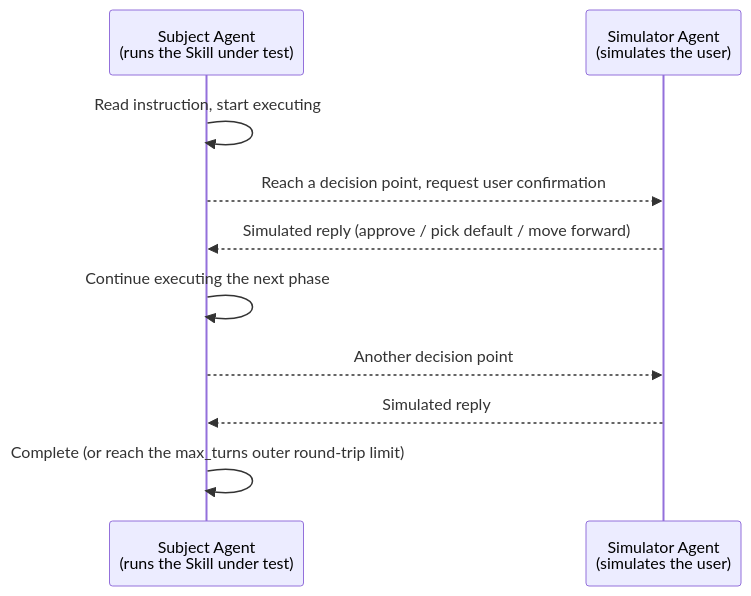
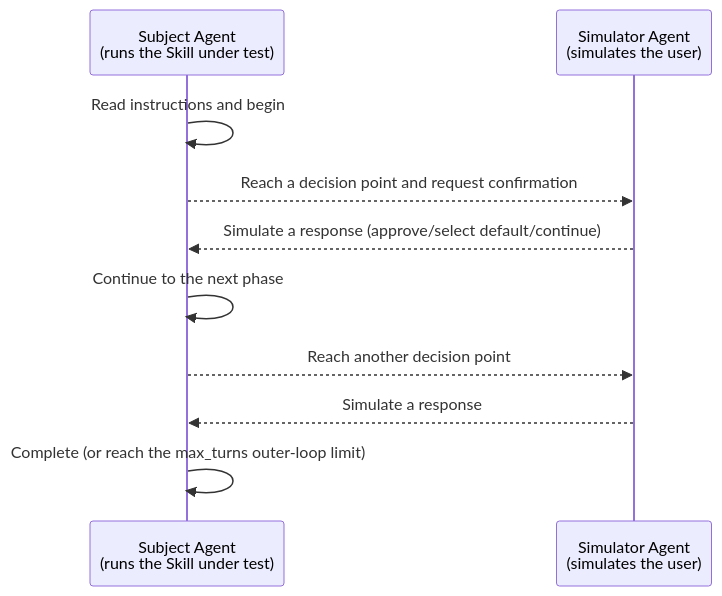
The third of 3 diagrams in en/eval/configuration.mdx (rpamis/comet-website-docs), drawn with Mermaid before and after one commit. The commit also changed other lines of this file and 158 other files, not shown here.

````diff
--- a/en/eval/configuration.mdx
+++ b/en/eval/configuration.mdx
@@ -425,12 +427,12 @@
 ```mermaid
 sequenceDiagram
     participant S as Subject Agent<br/>(runs the Skill under test)
     participant SIM as Simulator Agent<br/>(simulates the user)
-    S->>S: Read instruction, start executing
-    S-->>SIM: Reach a decision point, request user confirmation
-    SIM-->>S: Simulated reply (approve / pick default / move forward)
-    S->>S: Continue executing the next phase
-    S-->>SIM: Another decision point
-    SIM-->>S: Simulated reply
-    S->>S: Complete (or reach the max_turns outer round-trip limit)
+    S->>S: Read instructions and begin
+    S-->>SIM: Reach a decision point and request confirmation
+    SIM-->>S: Simulate a response (approve/select default/continue)
+    S->>S: Continue to the next phase
+    S-->>SIM: Reach another decision point
+    SIM-->>S: Simulate a response
+    S->>S: Complete (or reach the max_turns outer-loop limit)
 ```
````
